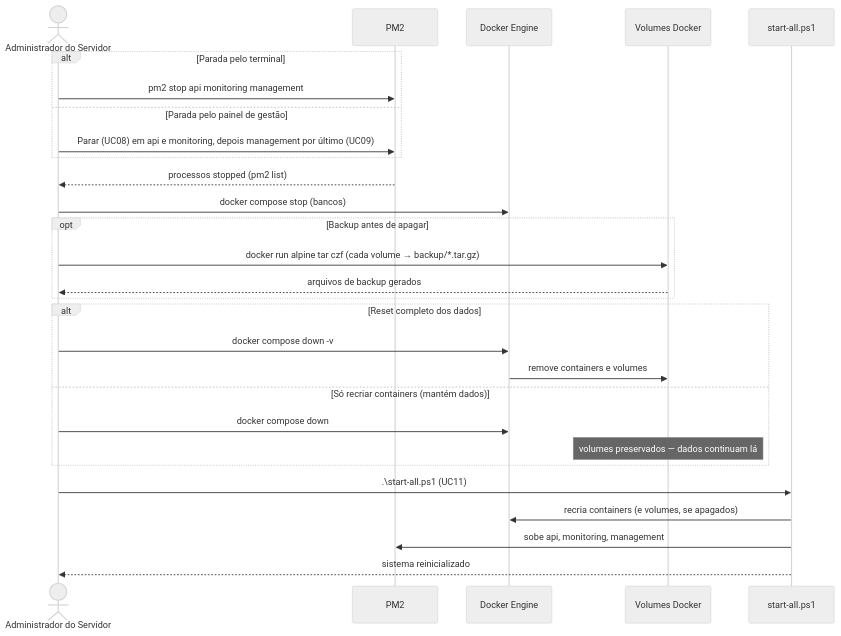
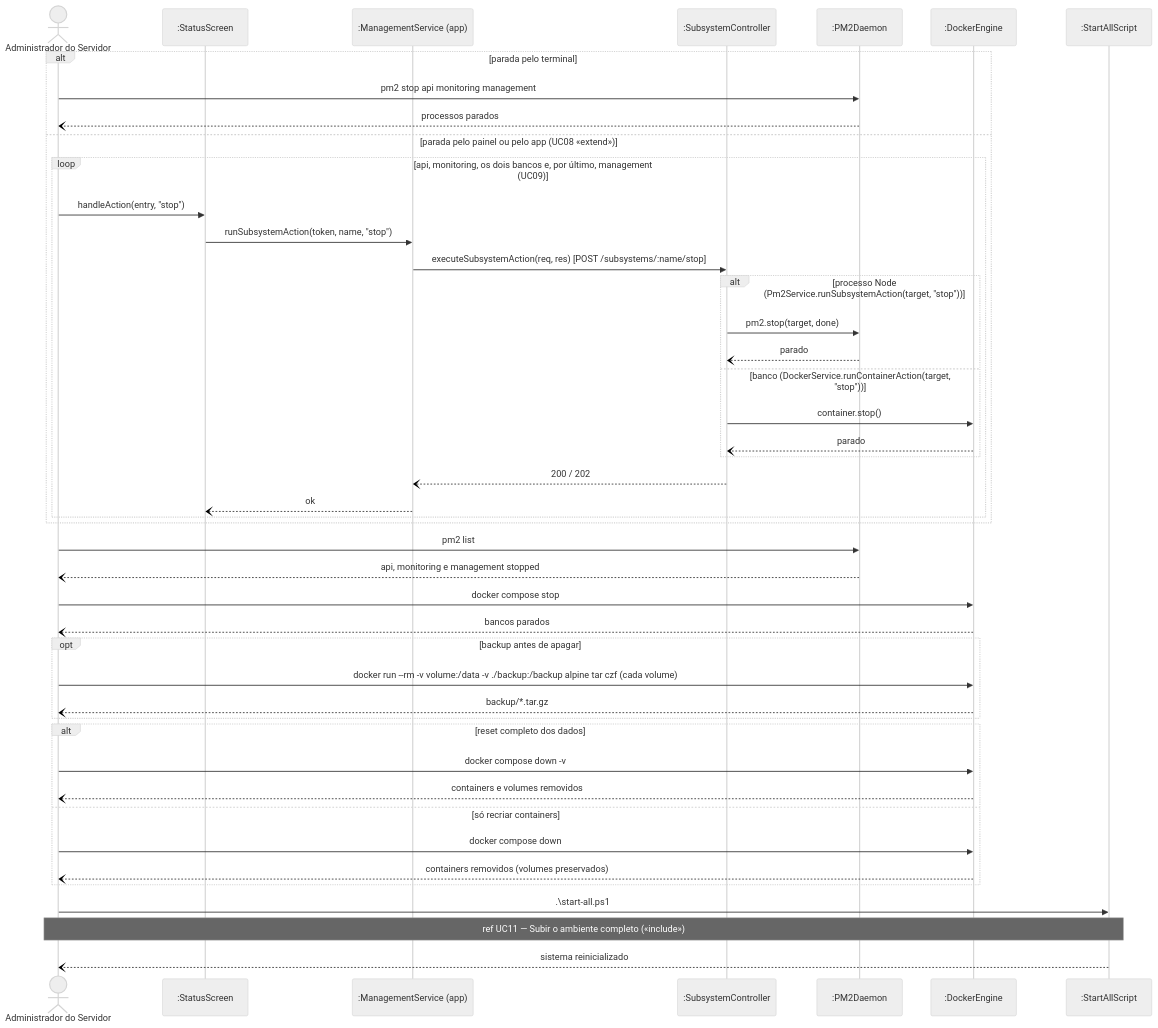
Diagram 12 of 17 in documentos/entrega2_Di1/requisitos_e_casos_de_uso.md (MiguelIFSP/BRTPDS2-PROJETO-E-DESENVOLVIMENTO-DE-SISTEMAS-2), drawn with Mermaid (neutral theme) before and after one commit. The commit also changed other lines of this file and 7 other files, not shown here.

````diff
--- a/documentos/entrega2_Di1/requisitos_e_casos_de_uso.md
+++ b/documentos/entrega2_Di1/requisitos_e_casos_de_uso.md
@@ -573,34 +735,48 @@
 ```mermaid
 sequenceDiagram
     actor Adm as Administrador do Servidor
-    participant PM2 as PM2
-    participant Docker as Docker Engine
-    participant Vol as Volumes Docker
-    participant Script as start-all.ps1
+    participant Tela as :StatusScreen
+    participant MgS as :ManagementService (app)
+    participant C as :SubsystemController
+    participant PM2 as :PM2Daemon
+    participant Docker as :DockerEngine
+    participant SA as :StartAllScript
 
-    alt Parada pelo terminal
+    alt parada pelo terminal
         Adm->>PM2: pm2 stop api monitoring management
-    else Parada pelo painel de gestão
-        Adm->>PM2: Parar (UC08) em api e monitoring, depois management por último (UC09)
+        PM2--)Adm: processos parados
+    else parada pelo painel ou pelo app (UC08 «extend»)
+        loop api, monitoring, os dois bancos e, por último, management (UC09)
+            Adm->>Tela: handleAction(entry, "stop")
+            Tela->>MgS: runSubsystemAction(token, name, "stop")
+            MgS->>C: executeSubsystemAction(req, res) [POST /subsystems/:name/stop]
+            alt processo Node (Pm2Service.runSubsystemAction(target, "stop"))
+                C->>PM2: pm2.stop(target, done)
+                PM2--)C: parado
+            else banco (DockerService.runContainerAction(target, "stop"))
+                C->>Docker: container.stop()
+                Docker--)C: parado
+            end
+            C--)MgS: 200 / 202
+            MgS--)Tela: ok
+        end
     end
-    PM2-->>Adm: processos stopped (pm2 list)
-    Adm->>Docker: docker compose stop (bancos)
-
-    opt Backup antes de apagar
-        Adm->>Vol: docker run alpine tar czf (cada volume → backup/*.tar.gz)
-        Vol-->>Adm: arquivos de backup gerados
+    Adm->>PM2: pm2 list
+    PM2--)Adm: api, monitoring e management stopped
+    Adm->>Docker: docker compose stop
+    Docker--)Adm: bancos parados
+    opt backup antes de apagar
+        Adm->>Docker: docker run --rm -v volume:/data -v ./backup:/backup alpine tar czf (cada volume)
+        Docker--)Adm: backup/*.tar.gz
     end
-
-    alt Reset completo dos dados
+    alt reset completo dos dados
         Adm->>Docker: docker compose down -v
-        Docker->>Vol: remove containers e volumes
-    else Só recriar containers (mantém dados)
+        Docker--)Adm: containers e volumes removidos
+    else só recriar containers
         Adm->>Docker: docker compose down
-        Note over Vol: volumes preservados — dados continuam lá
+        Docker--)Adm: containers removidos (volumes preservados)
     end
-
-    Adm->>Script: .\start-all.ps1 (UC11)
-    Script->>Docker: recria containers (e volumes, se apagados)
-    Script->>PM2: sobe api, monitoring, management
-    Script-->>Adm: sistema reinicializado
+    Adm->>SA: .\start-all.ps1
+    Note over Adm,SA: ref UC11 — Subir o ambiente completo («include»)
+    SA--)Adm: sistema reinicializado
 ```
````
